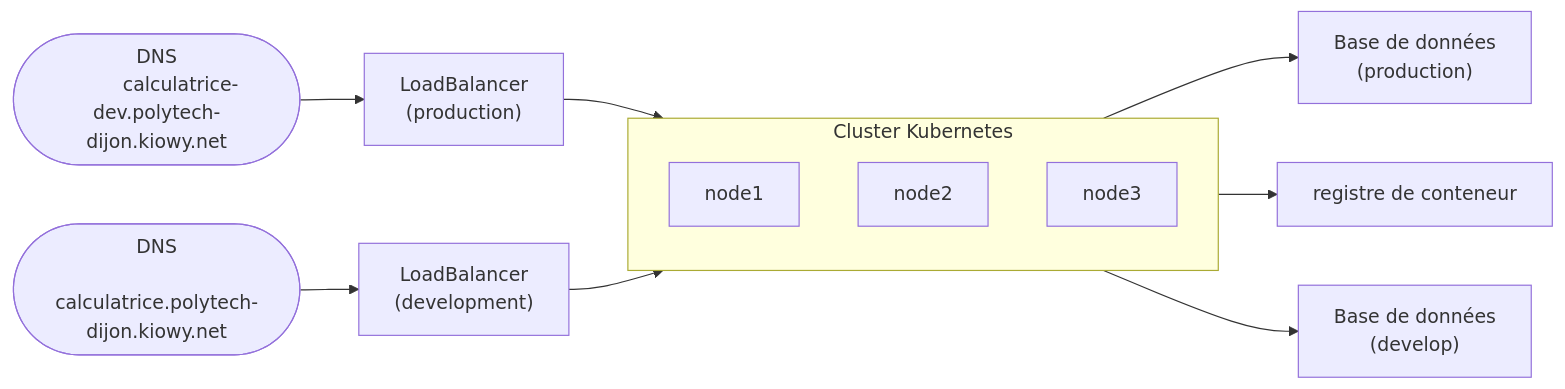
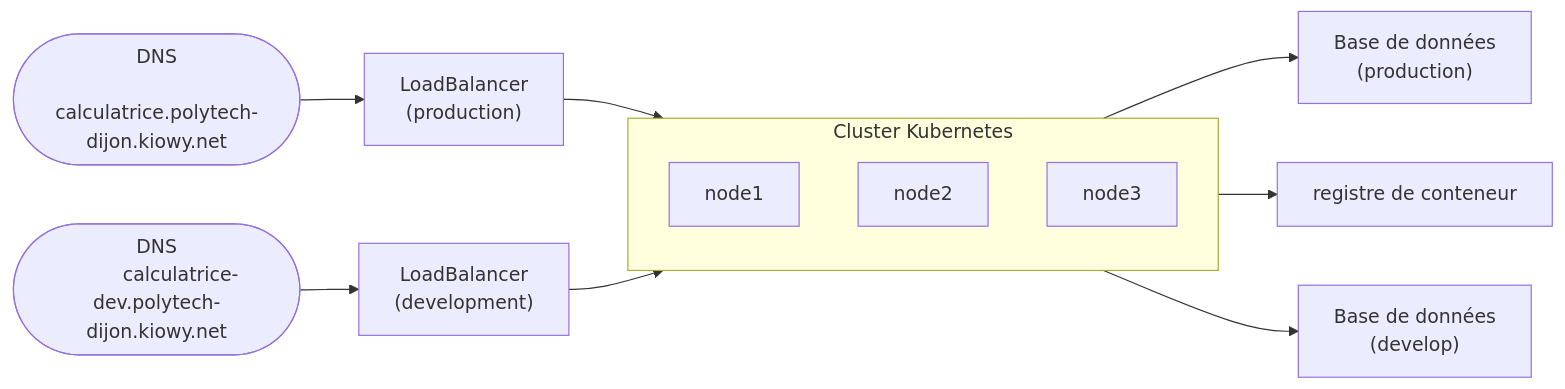
The second of 3 diagrams in projet.md (JeromeMSD/module_virtualisation-et-cloud-computing), drawn with Mermaid before and after one commit.

````diff
--- a/projet.md
+++ b/projet.md
@@ -107,22 +107,22 @@
 ```mermaid
 graph LR
   subgraph k8s ["Cluster Kubernetes"]
     direction TB
     node1
     node2
     node3
   end
   lbA["LoadBalancer
         (production)"] --> k8s
   lbB["LoadBalancer
         (development)"]  --> k8s
   dns1(["DNS
-        calculatrice-dev.polytech-dijon.kiowy.net"]) --> lbA
+        calculatrice-dev.polytech-dijon.kiowy.net"]) --> lbB
   dns2(["DNS
-        calculatrice.polytech-dijon.kiowy.net"]) --> lbB
+        calculatrice.polytech-dijon.kiowy.net"]) --> lbA
   k8s --> db["Base de données
               (production)"]
   k8s --> reg[registre de conteneur]
   k8s --> db2["Base de données
               (develop)"]
 ```
````
